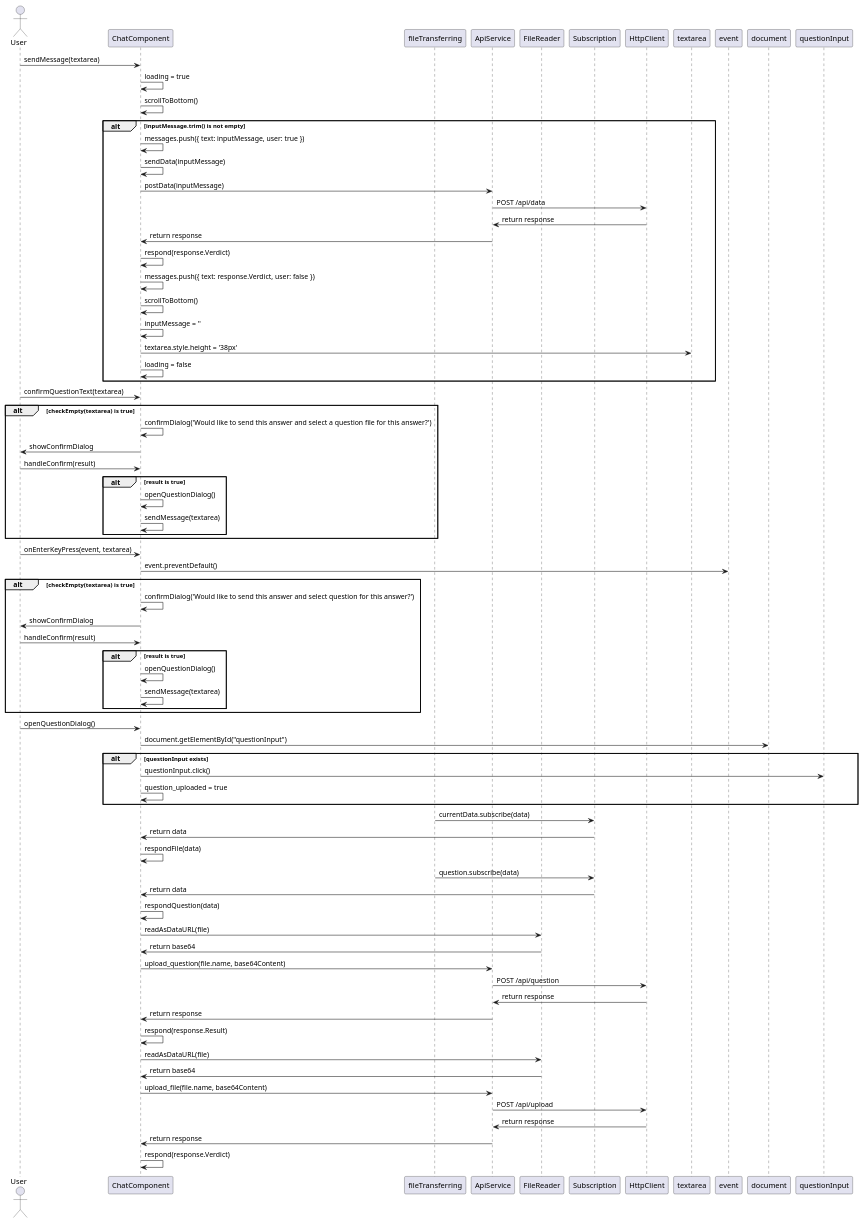
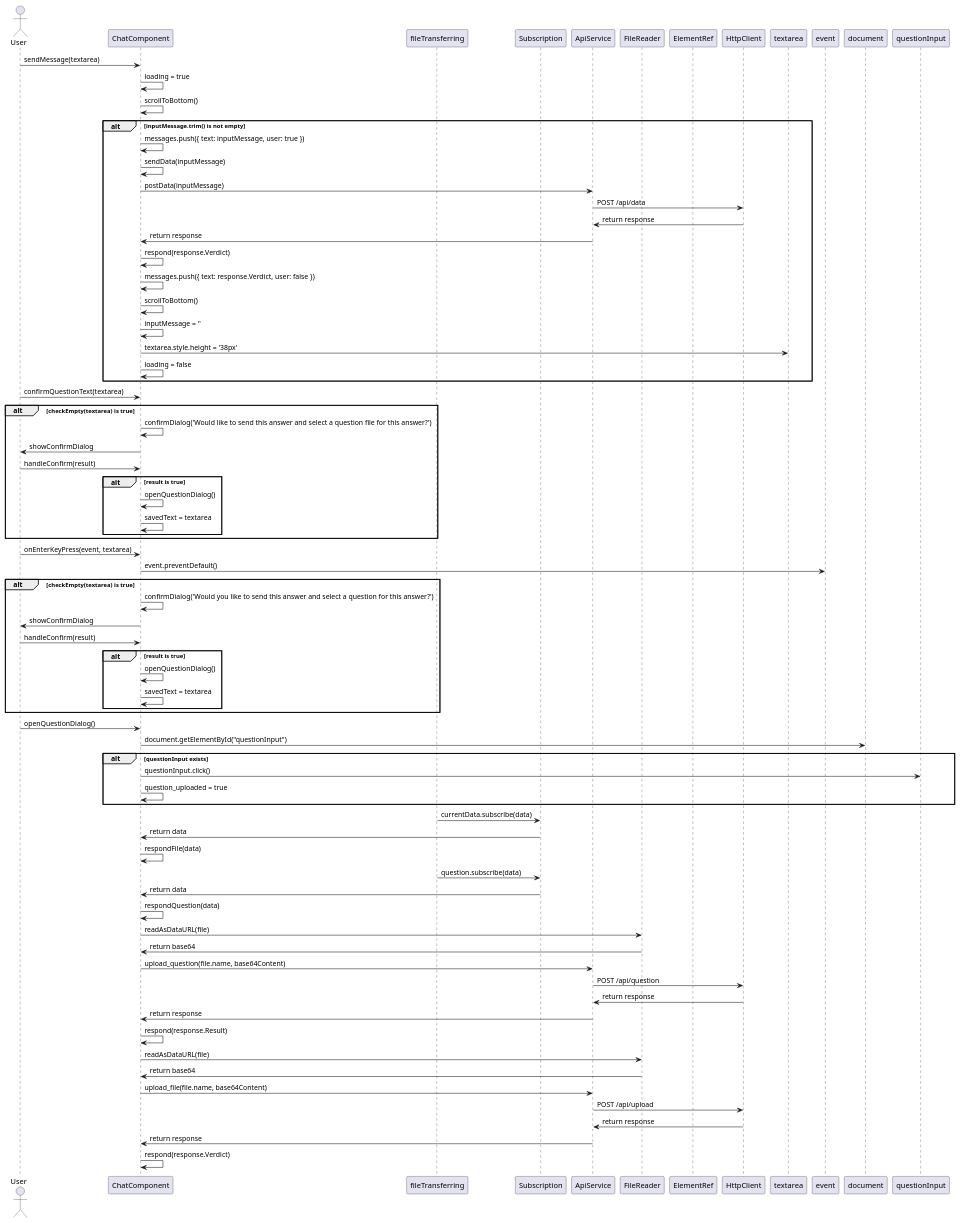
The diagram in Diagrams/Sequence Diagrams/Front End/chatcomponent.wsd (NoahS20/Grad-Project), drawn with PlantUML before and after one commit.

Commit message:
Fixed chat component sequence diagram

```diff
--- a/Diagrams/Sequence Diagrams/Front End/chatcomponent.wsd
+++ b/Diagrams/Sequence Diagrams/Front End/chatcomponent.wsd
@@ -1,81 +1,84 @@
 @startuml
 actor User
+
 participant ChatComponent
 participant fileTransferring
+participant Subscription
 participant ApiService
 participant FileReader
-participant Subscription
+participant ElementRef
+participant HttpClient
 
 User -> ChatComponent: sendMessage(textarea)
 ChatComponent -> ChatComponent: loading = true
 ChatComponent -> ChatComponent: scrollToBottom()
 alt inputMessage.trim() is not empty
     ChatComponent -> ChatComponent: messages.push({ text: inputMessage, user: true })
     ChatComponent -> ChatComponent: sendData(inputMessage)
     ChatComponent -> ApiService: postData(inputMessage)
     ApiService -> HttpClient: POST /api/data
     HttpClient -> ApiService: return response
     ApiService -> ChatComponent: return response
     ChatComponent -> ChatComponent: respond(response.Verdict)
     ChatComponent -> ChatComponent: messages.push({ text: response.Verdict, user: false })
     ChatComponent -> ChatComponent: scrollToBottom()
     ChatComponent -> ChatComponent: inputMessage = ''
     ChatComponent -> textarea: textarea.style.height = '38px'
     ChatComponent -> ChatComponent: loading = false
 end
 
 User -> ChatComponent: confirmQuestionText(textarea)
 alt checkEmpty(textarea) is true
     ChatComponent -> ChatComponent: confirmDialog('Would like to send this answer and select a question file for this answer?')
     ChatComponent -> User: showConfirmDialog
     User -> ChatComponent: handleConfirm(result)
     alt result is true
         ChatComponent -> ChatComponent: openQuestionDialog()
-        ChatComponent -> ChatComponent: sendMessage(textarea)
+        ChatComponent -> ChatComponent: savedText = textarea
     end
 end
 
 User -> ChatComponent: onEnterKeyPress(event, textarea)
 ChatComponent -> event: event.preventDefault()
 alt checkEmpty(textarea) is true
-    ChatComponent -> ChatComponent: confirmDialog('Would like to send this answer and select question for this answer?')
+    ChatComponent -> ChatComponent: confirmDialog('Would you like to send this answer and select a question for this answer?')
     ChatComponent -> User: showConfirmDialog
     User -> ChatComponent: handleConfirm(result)
     alt result is true
         ChatComponent -> ChatComponent: openQuestionDialog()
-        ChatComponent -> ChatComponent: sendMessage(textarea)
+        ChatComponent -> ChatComponent: savedText = textarea
     end
 end
 
 User -> ChatComponent: openQuestionDialog()
 ChatComponent -> document: document.getElementById("questionInput")
 alt questionInput exists
     ChatComponent -> questionInput: questionInput.click()
     ChatComponent -> ChatComponent: question_uploaded = true
 end
 
 fileTransferring -> Subscription: currentData.subscribe(data)
 Subscription -> ChatComponent: return data
 ChatComponent -> ChatComponent: respondFile(data)
 
 fileTransferring -> Subscription: question.subscribe(data)
 Subscription -> ChatComponent: return data
 ChatComponent -> ChatComponent: respondQuestion(data)
 
 ChatComponent -> FileReader: readAsDataURL(file)
 FileReader -> ChatComponent: return base64
 ChatComponent -> ApiService: upload_question(file.name, base64Content)
 ApiService -> HttpClient: POST /api/question
 HttpClient -> ApiService: return response
 ApiService -> ChatComponent: return response
 ChatComponent -> ChatComponent: respond(response.Result)
 
 ChatComponent -> FileReader: readAsDataURL(file)
 FileReader -> ChatComponent: return base64
 ChatComponent -> ApiService: upload_file(file.name, base64Content)
 ApiService -> HttpClient: POST /api/upload
 HttpClient -> ApiService: return response
 ApiService -> ChatComponent: return response
 ChatComponent -> ChatComponent: respond(response.Verdict)
 
 @enduml
```
